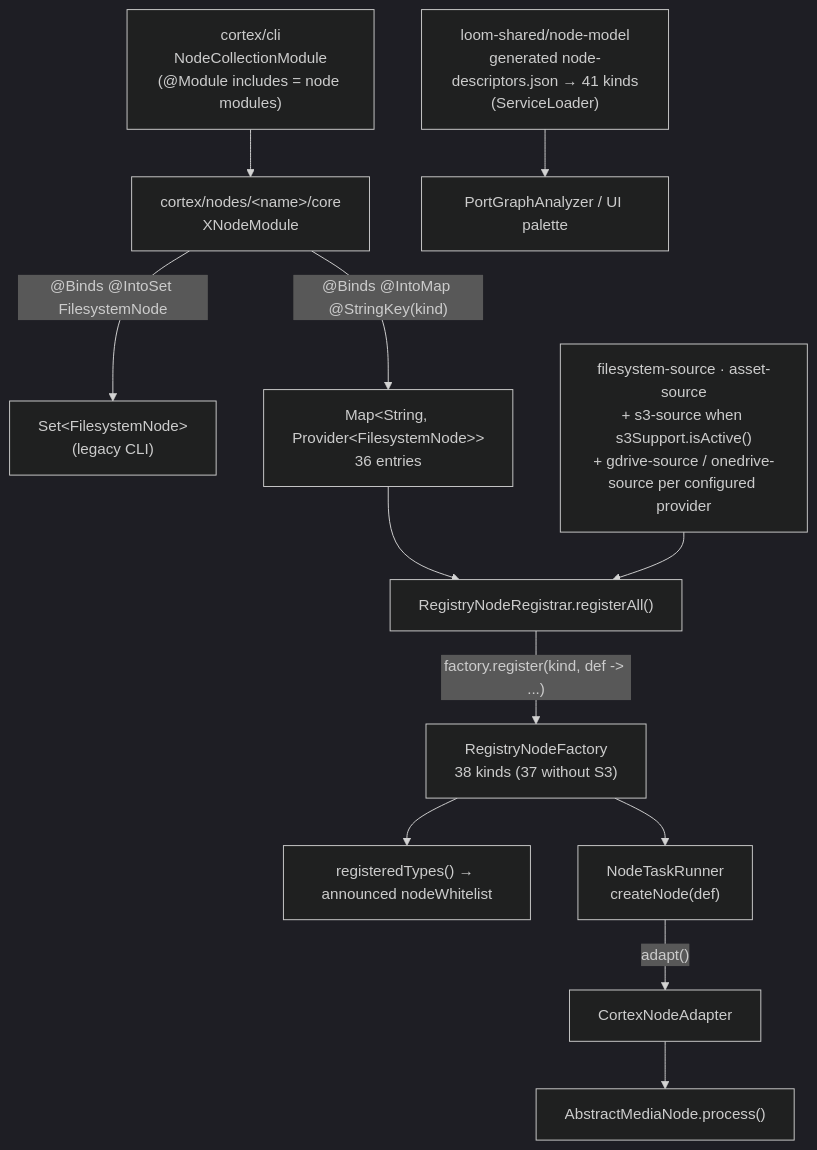
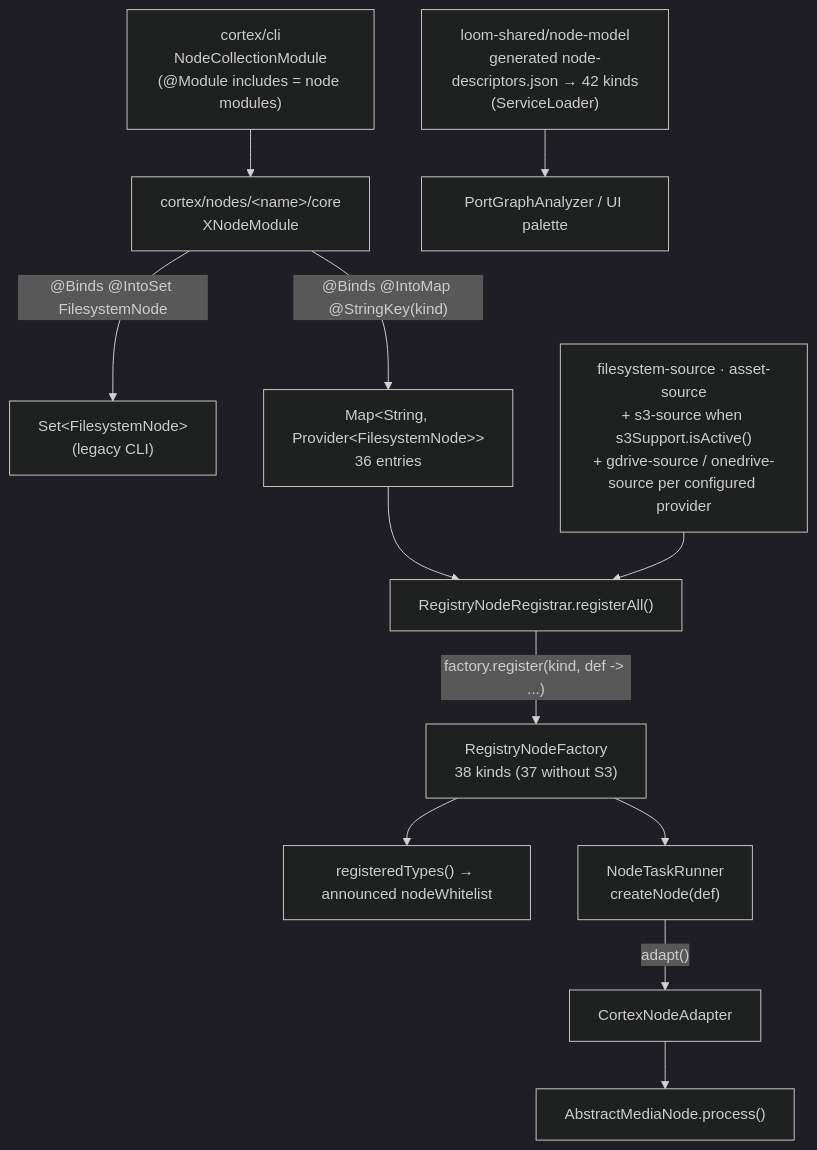
Before and after one commit to metaloom/metaloom: the diagram in spec/features/nodes/NODES.md, drawn with Mermaid (dark theme). The commit also changed other lines of this file and 131 other files, not shown here.

````diff
--- a/spec/features/nodes/NODES.md
+++ b/spec/features/nodes/NODES.md
@@ -383,15 +401,15 @@
 ```mermaid
 flowchart TD
   M["cortex/nodes/&lt;name&gt;/core<br/>XNodeModule"]
   M -->|"@Binds @IntoSet FilesystemNode"| S["Set&lt;FilesystemNode&gt;<br/>(legacy CLI)"]
   M -->|"@Binds @IntoMap @StringKey(kind)"| K["Map&lt;String, Provider&lt;FilesystemNode&gt;&gt;<br/>36 entries"]
   NC["cortex/cli<br/>NodeCollectionModule<br/>(@Module includes = node modules)"] --> M
   K --> R["RegistryNodeRegistrar.registerAll()"]
   SRC["filesystem-source · asset-source<br/>+ s3-source when s3Support.isActive()<br/>+ gdrive-source / onedrive-source per configured provider"] --> R
   R -->|"factory.register(kind, def -&gt; ...)"| F["RegistryNodeFactory<br/>38 kinds (37 without S3)"]
   F --> W["registeredTypes() → announced nodeWhitelist"]
   F --> NT["NodeTaskRunner<br/>createNode(def)"]
   NT -->|"adapt()"| A["CortexNodeAdapter"]
   A --> P["AbstractMediaNode.process()"]
-  D["loom-shared/node-model<br/>generated node-descriptors.json → 41 kinds<br/>(ServiceLoader)"] --> V["PortGraphAnalyzer / UI palette"]
+  D["loom-shared/node-model<br/>generated node-descriptors.json → 42 kinds<br/>(ServiceLoader)"] --> V["PortGraphAnalyzer / UI palette"]
 ```
````
